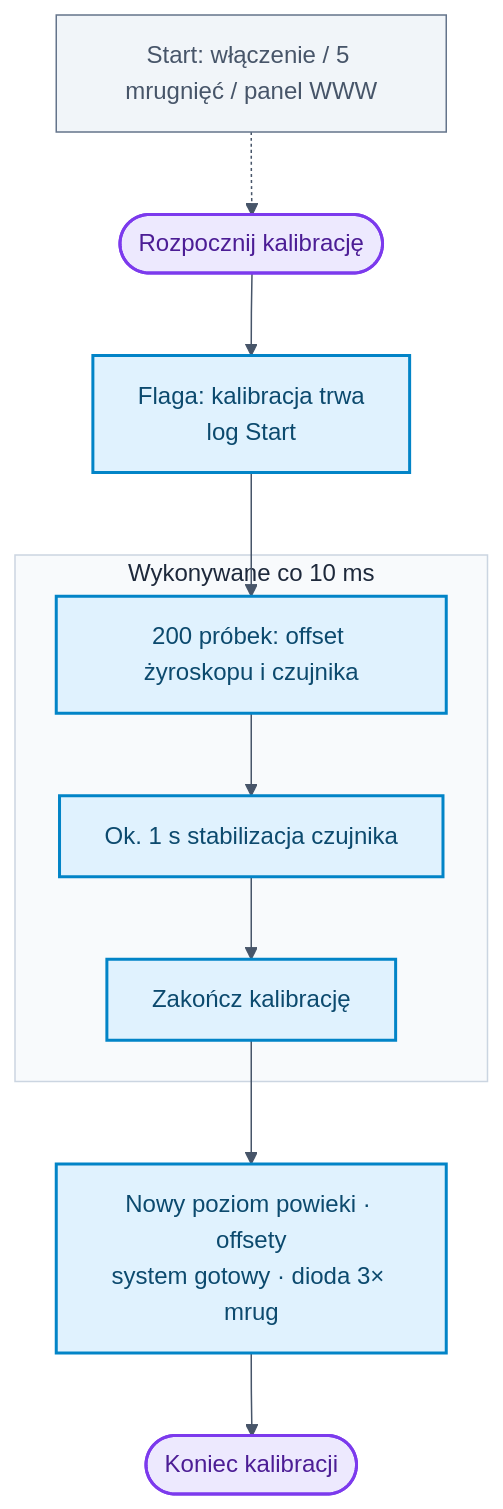
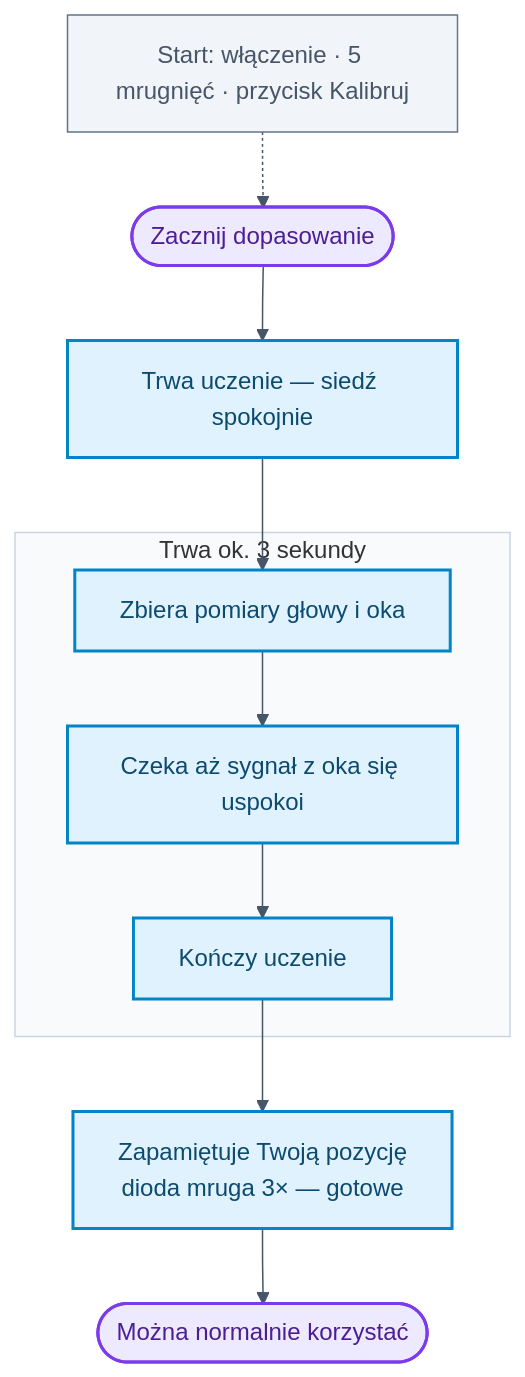
One commit to bartkadres-ai/HEFAS-4.0 changed the sixth of 10 diagrams in README.md. Above: the diagram before and after it, drawn with Mermaid. The commit also changed other lines of this file, not shown here.

````diff
--- a/README.md
+++ b/README.md
@@ -480,24 +482,24 @@
 ```mermaid
-%%{init: {"theme":"base","themeVariables":{"background":"#ffffff","mainBkg":"#ffffff","secondaryColor":"#ffffff","tertiaryColor":"#ffffff","primaryColor":"#ffffff","primaryTextColor":"#1e293b","secondaryTextColor":"#1e293b","tertiaryTextColor":"#1e293b","primaryBorderColor":"#64748b","lineColor":"#475569","clusterBkg":"#f8fafc","clusterBorder":"#cbd5e1","edgeLabelBackground":"#ffffff","textColor":"#1e293b","noteBkgColor":"#f8fafc","noteTextColor":"#475569"},"themeCSS":".mermaid,.mermaid svg{background-color:#ffffff!important;padding:8px}.nodeLabel,.edgeLabel,.label,.cluster-label{color:#1e293b!important}.cluster rect{fill:#f8fafc!important;stroke:#cbd5e1!important}","flowchart":{"curve":"basis","nodeSpacing":35,"rankSpacing":55}}}%%
+%%{init: { 'theme': 'default', 'themeVariables': { 'darkMode': false, 'background': '#ffffff', 'mainBkg': '#ffffff', 'primaryColor': '#ffffff', 'secondaryColor': '#ffffff', 'tertiaryColor': '#ffffff', 'primaryTextColor': '#1e293b', 'lineColor': '#475569', 'clusterBkg': '#f8fafc', 'clusterBorder': '#cbd5e1', 'edgeLabelBackground': '#ffffff', 'noteBkgColor': '#f8fafc', 'noteTextColor': '#475569' }}}%%
 flowchart TD
-    KTRIG["Start: włączenie / 5 mrugnięć / panel WWW"] -.-> K0
-    K0([Rozpocznij kalibrację]) --> K1["Flaga: kalibracja trwa<br/>log Start"]
+    KTRIG["Start: włączenie · 5 mrugnięć · przycisk Kalibruj"] -.-> K0
+    K0([Zacznij dopasowanie]) --> K1["Trwa uczenie — siedź spokojnie"]
     K1 --> T1
 
-    subgraph TICK["Wykonywane co 10 ms"]
-        T1["200 próbek: offset żyroskopu i czujnika"]
-        T2["Ok. 1 s stabilizacja czujnika"]
-        T3[Zakończ kalibrację]
+    subgraph TICK["Trwa ok. 3 sekundy"]
+        T1["Zbiera pomiary głowy i oka"]
+        T2["Czeka aż sygnał z oka się uspokoi"]
+        T3[Kończy uczenie]
         T1 --> T2 --> T3
     end
 
-    T3 --> K4["Nowy poziom powieki · offsety<br/>system gotowy · dioda 3× mrug"]
-    K4 --> KON([Koniec kalibracji])
+    T3 --> K4["Zapamiętuje Twoją pozycję<br/>dioda mruga 3× — gotowe"]
+    K4 --> KON([Można normalnie korzystać])
 
     classDef startEnd fill:#ede9fe,stroke:#7c3aed,stroke-width:2px,color:#4c1d95
     classDef process fill:#e0f2fe,stroke:#0284c7,stroke-width:2px,color:#0c4a6e
     classDef trigger fill:#f1f5f9,stroke:#64748b,stroke-width:1px,color:#475569
     class K0,KON startEnd
     class K1,T1,T2,T3,K4 process
     class KTRIG trigger
 ```
````
